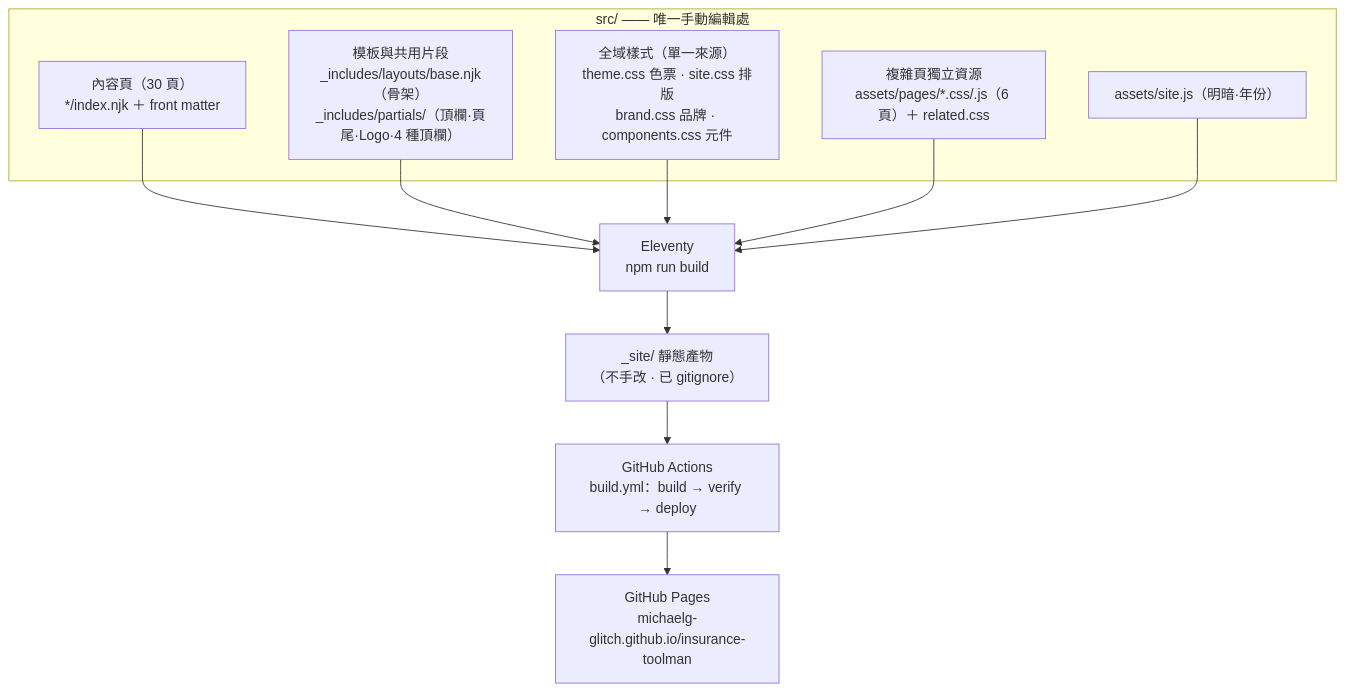
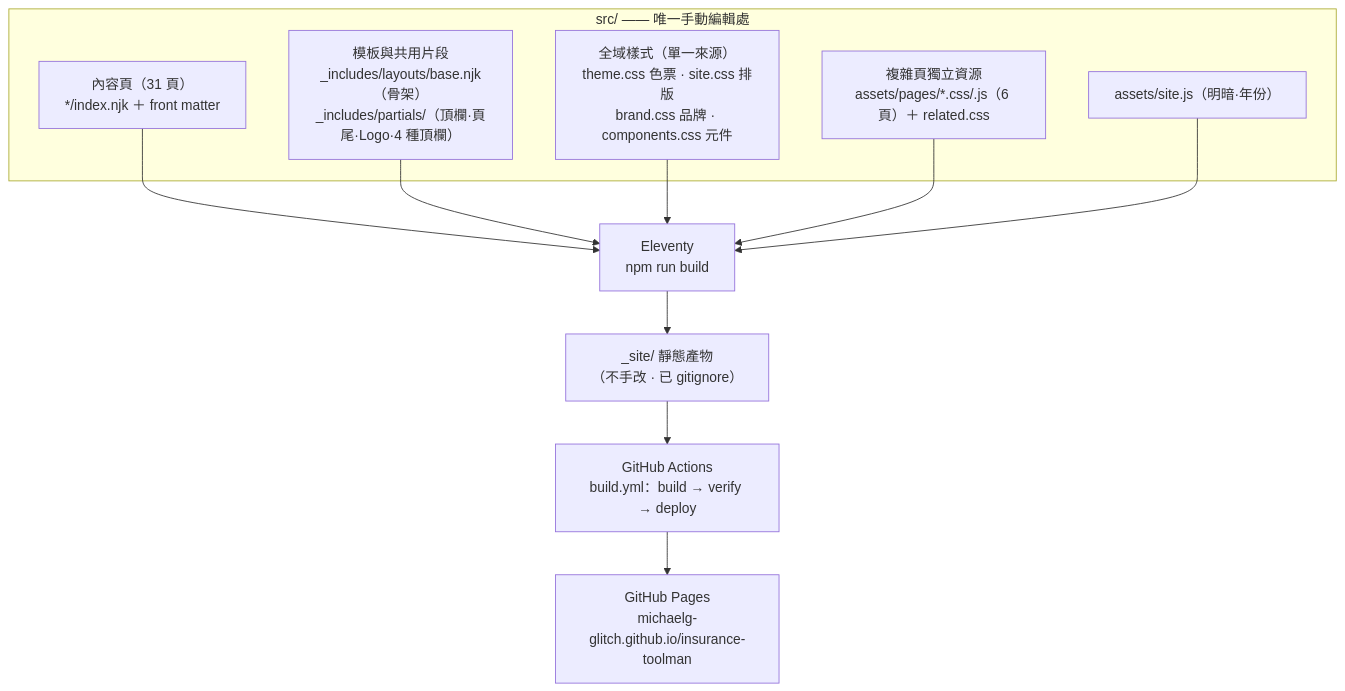
Before and after one commit to MichaelG-glitch/insurance-toolman: the diagram in ARCHITECTURE.md, drawn with Mermaid. The commit also changed other lines of this file and 7 other files, not shown here.

Commit message:
feat: 新增人壽保險總覽（保險圓餅圖＋醫療前中後）

````diff
--- a/ARCHITECTURE.md
+++ b/ARCHITECTURE.md
@@ -51,20 +52,20 @@
 ```mermaid
 flowchart TB
   subgraph src["src/ —— 唯一手動編輯處"]
-    content["內容頁（30 頁）<br/>*/index.njk ＋ front matter"]
+    content["內容頁（31 頁）<br/>*/index.njk ＋ front matter"]
     tmpl["模板與共用片段<br/>_includes/layouts/base.njk（骨架）<br/>_includes/partials/（頂欄·頁尾·Logo·4 種頂欄）"]
     css["全域樣式（單一來源）<br/>theme.css 色票 · site.css 排版<br/>brand.css 品牌 · components.css 元件"]
     pagecss["複雜頁獨立資源<br/>assets/pages/*.css/.js（6 頁）＋ related.css"]
     js["assets/site.js（明暗·年份）"]
   end
   build["Eleventy<br/>npm run build"]
   out["_site/ 靜態產物<br/>（不手改 · 已 gitignore）"]
   ci["GitHub Actions<br/>build.yml：build → verify → deploy"]
   live["GitHub Pages<br/>michaelg-glitch.github.io/insurance-toolman"]
   content --> build
   tmpl --> build
   css --> build
   pagecss --> build
   js --> build
   build --> out --> ci --> live
 ```
````
